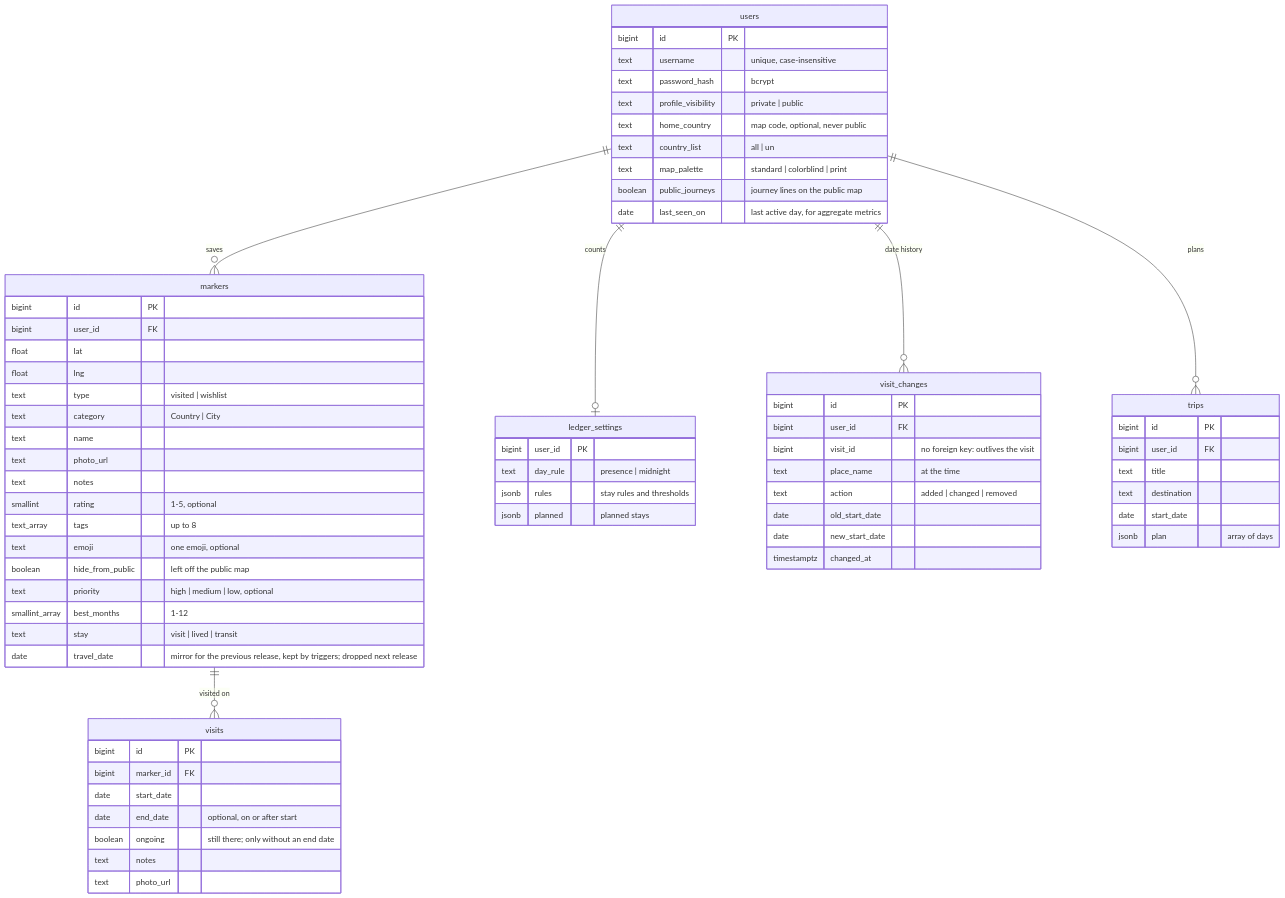
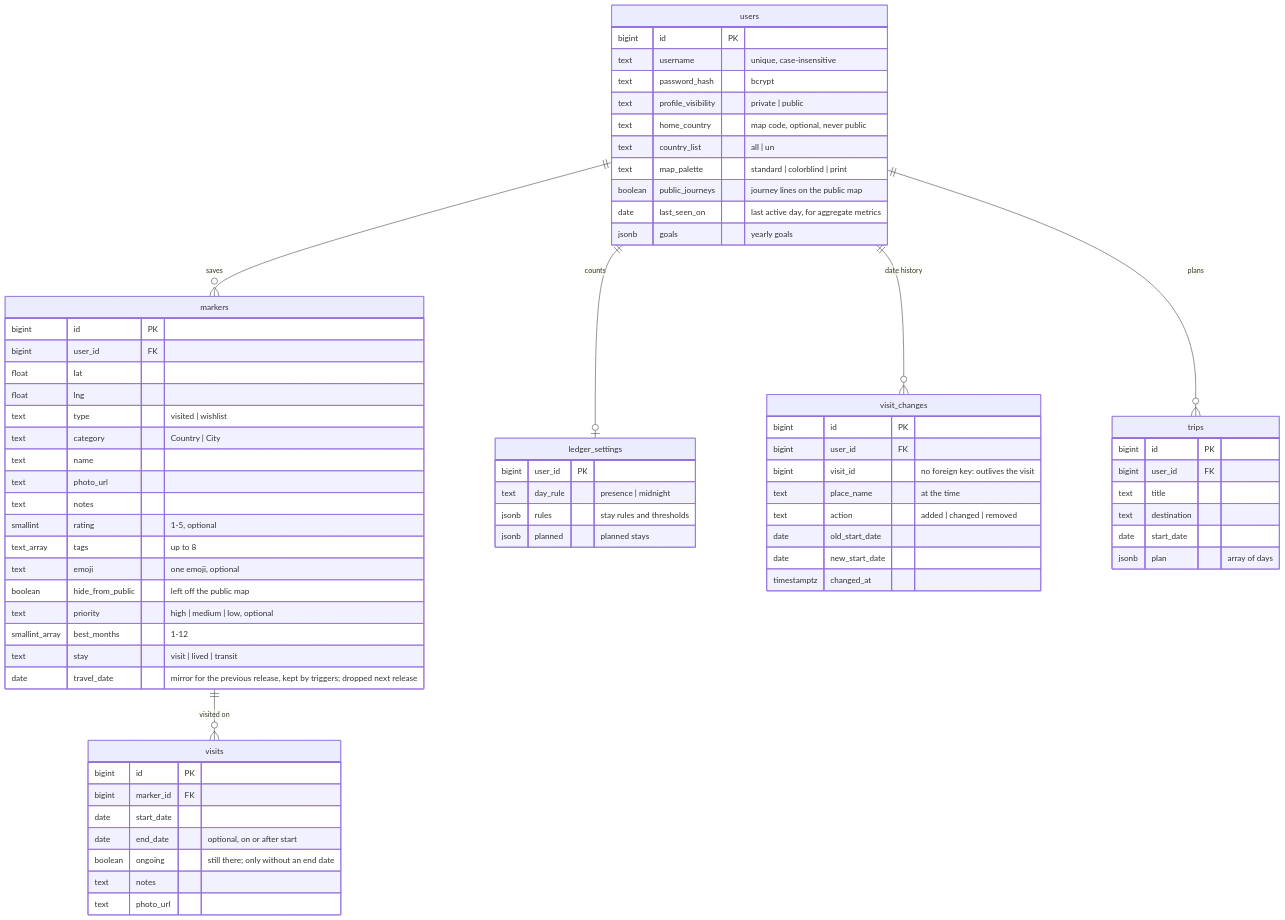
The diagram in docs/data-model.md (chefzaid/travelmapster), drawn with Mermaid before and after one commit. The commit also changed other lines of this file and 18 other files, not shown here.

Commit message:
Set yearly goals with progress on the passport and a celebration when one is reached

````diff
--- a/docs/data-model.md
+++ b/docs/data-model.md
@@ -8,71 +8,72 @@
 ```mermaid
 erDiagram
     users ||--o{ markers : saves
     markers ||--o{ visits : "visited on"
     users ||--o| ledger_settings : counts
     users ||--o{ visit_changes : "date history"
     users ||--o{ trips : plans
     users {
         bigint id PK
         text username "unique, case-insensitive"
         text password_hash "bcrypt"
         text profile_visibility "private | public"
         text home_country "map code, optional, never public"
         text country_list "all | un"
         text map_palette "standard | colorblind | print"
         boolean public_journeys "journey lines on the public map"
         date last_seen_on "last active day, for aggregate metrics"
+        jsonb goals "yearly goals"
     }
     markers {
         bigint id PK
         bigint user_id FK
         float lat
         float lng
         text type "visited | wishlist"
         text category "Country | City"
         text name
         text photo_url
         text notes
         smallint rating "1-5, optional"
         text_array tags "up to 8"
         text emoji "one emoji, optional"
         boolean hide_from_public "left off the public map"
         text priority "high | medium | low, optional"
         smallint_array best_months "1-12"
         text stay "visit | lived | transit"
         date travel_date "mirror for the previous release, kept by triggers; dropped next release"
     }
     visits {
         bigint id PK
         bigint marker_id FK
         date start_date
         date end_date "optional, on or after start"
         boolean ongoing "still there; only without an end date"
         text notes
         text photo_url
     }
     ledger_settings {
         bigint user_id PK
         text day_rule "presence | midnight"
         jsonb rules "stay rules and thresholds"
         jsonb planned "planned stays"
     }
     visit_changes {
         bigint id PK
         bigint user_id FK
         bigint visit_id "no foreign key: outlives the visit"
         text place_name "at the time"
         text action "added | changed | removed"
         date old_start_date
         date new_start_date
         timestamptz changed_at
     }
     trips {
         bigint id PK
         bigint user_id FK
         text title
         text destination
         date start_date
         jsonb plan "array of days"
     }
 ```
````
